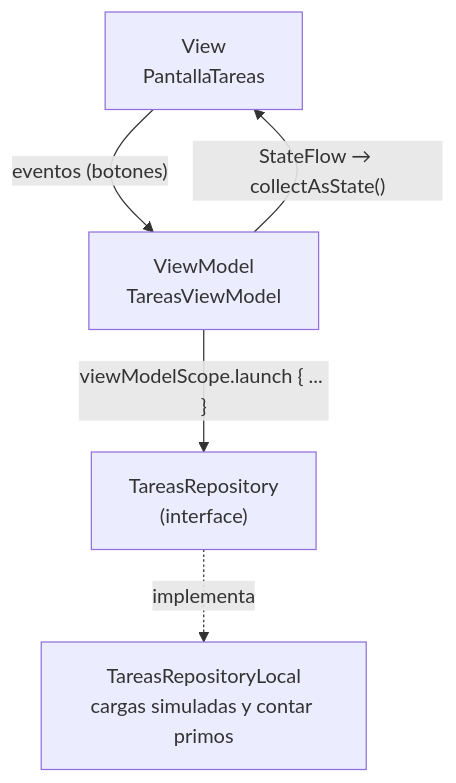
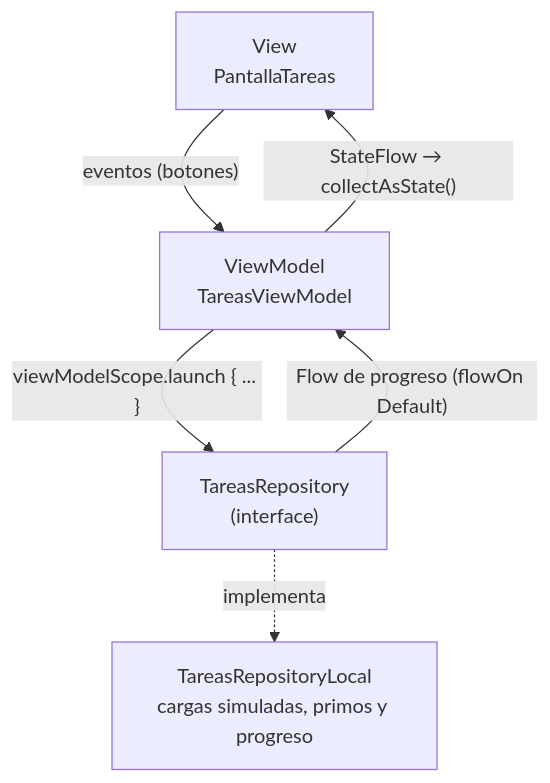
Before and after one commit to LuisMaldo3/CentroTareas: the diagram in README.md, drawn with Mermaid. The commit also changed other lines of this file and 31 other files, not shown here.

````diff
--- a/README.md
+++ b/README.md
@@ -57,7 +68,8 @@
 ```mermaid
 flowchart TD
     V["View<br/>PantallaTareas"] -- "eventos (botones)" --> VM["ViewModel<br/>TareasViewModel"]
     VM -- "StateFlow → collectAsState()" --> V
     VM -- "viewModelScope.launch { ... }" --> R["TareasRepository<br/>(interface)"]
-    R -.implementa.-> RL["TareasRepositoryLocal<br/>cargas simuladas y contar primos"]
+    R -- "Flow de progreso (flowOn Default)" --> VM
+    R -.implementa.-> RL["TareasRepositoryLocal<br/>cargas simuladas, primos y progreso"]
 ```
````
